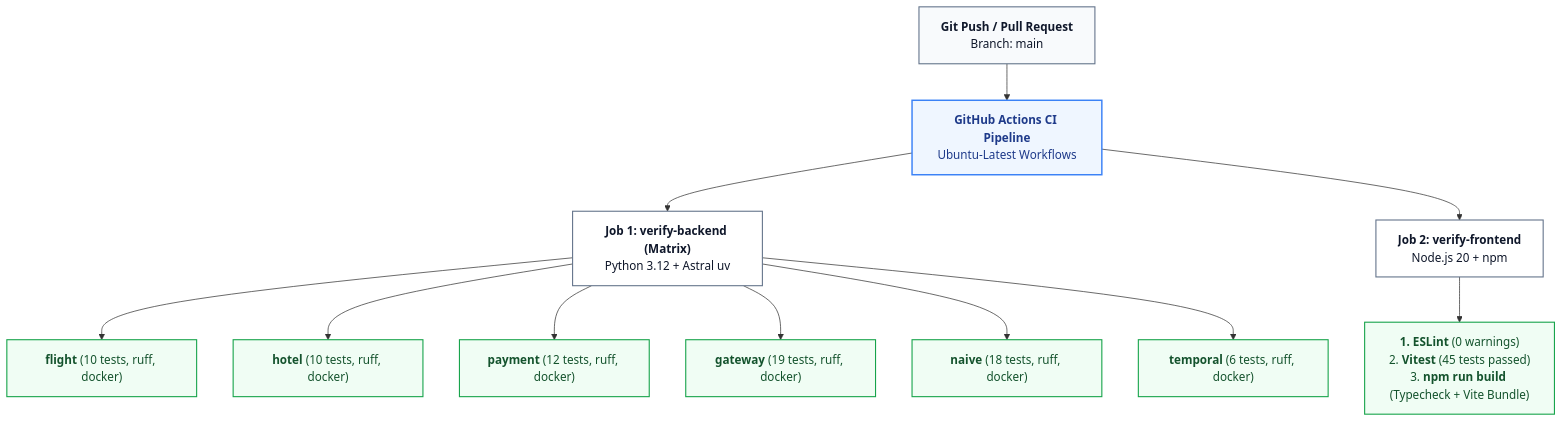
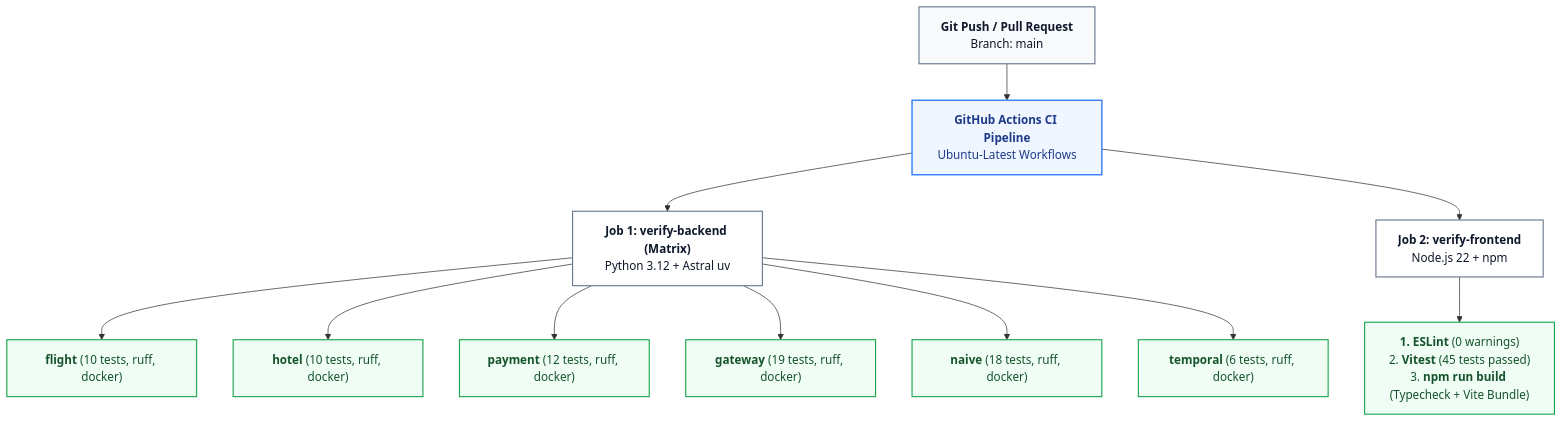
The diagram in docs/evidences/lo3/continuous-integration/lo3-continuous-integration-pipeline.md (eucaliptuskoala/layover), drawn with Mermaid before and after one commit. The commit also changed other lines of this file and 1 other file, not shown here.

Commit message:
ci fixes

````diff
--- a/docs/evidences/lo3/continuous-integration/lo3-continuous-integration-pipeline.md
+++ b/docs/evidences/lo3/continuous-integration/lo3-continuous-integration-pipeline.md
@@ -31,26 +31,26 @@
 ```mermaid
 flowchart TD
     Trigger["<b>Git Push / Pull Request</b><br/>Branch: main"] --> CI["<b>GitHub Actions CI Pipeline</b><br/>Ubuntu-Latest Workflows"]
 
     CI --> BackendMatrix["<b>Job 1: verify-backend (Matrix)</b><br/>Python 3.12 + Astral uv"]
-    CI --> FrontendJob["<b>Job 2: verify-frontend</b><br/>Node.js 20 + npm"]
+    CI --> FrontendJob["<b>Job 2: verify-frontend</b><br/>Node.js 22 + npm"]
 
     BackendMatrix --> B1["<b>flight</b> (10 tests, ruff, docker)"]
     BackendMatrix --> B2["<b>hotel</b> (10 tests, ruff, docker)"]
     BackendMatrix --> B3["<b>payment</b> (12 tests, ruff, docker)"]
     BackendMatrix --> B4["<b>gateway</b> (19 tests, ruff, docker)"]
     BackendMatrix --> B5["<b>naive</b> (18 tests, ruff, docker)"]
     BackendMatrix --> B6["<b>temporal</b> (6 tests, ruff, docker)"]
 
     FrontendJob --> F1["<b>1. ESLint</b> (0 warnings)<br/>2. <b>Vitest</b> (45 tests passed)<br/>3. <b>npm run build</b> (Typecheck + Vite Bundle)"]
 
     classDef trigNode fill:#f8fafc,stroke:#64748b,stroke-width:1.5px,color:#0f172a;
     classDef runnerNode fill:#eff6ff,stroke:#3b82f6,stroke-width:2px,color:#1e3a8a;
     classDef jobNode fill:#ffffff,stroke:#64748b,stroke-width:1.5px,color:#0f172a;
     classDef stepNode fill:#f0fdf4,stroke:#16a34a,stroke-width:1.5px,color:#14532d;
 
     class Trigger trigNode;
     class CI runnerNode;
     class BackendMatrix,FrontendJob jobNode;
     class B1,B2,B3,B4,B5,B6,F1 stepNode;
 ```
````
